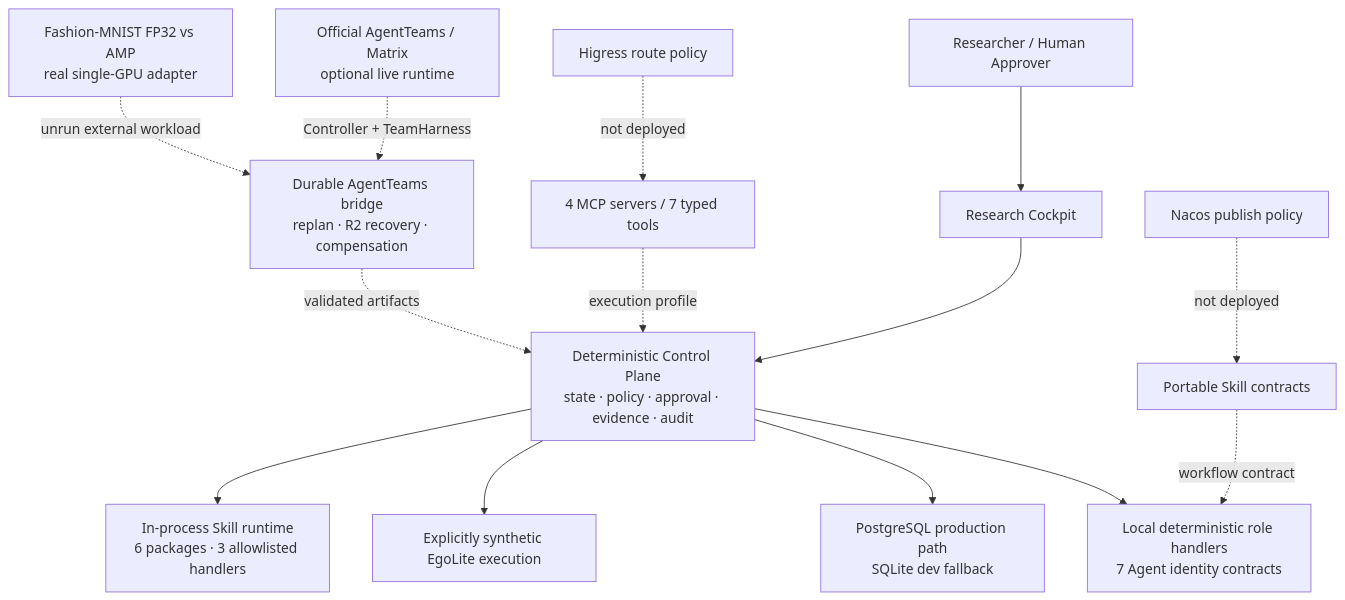
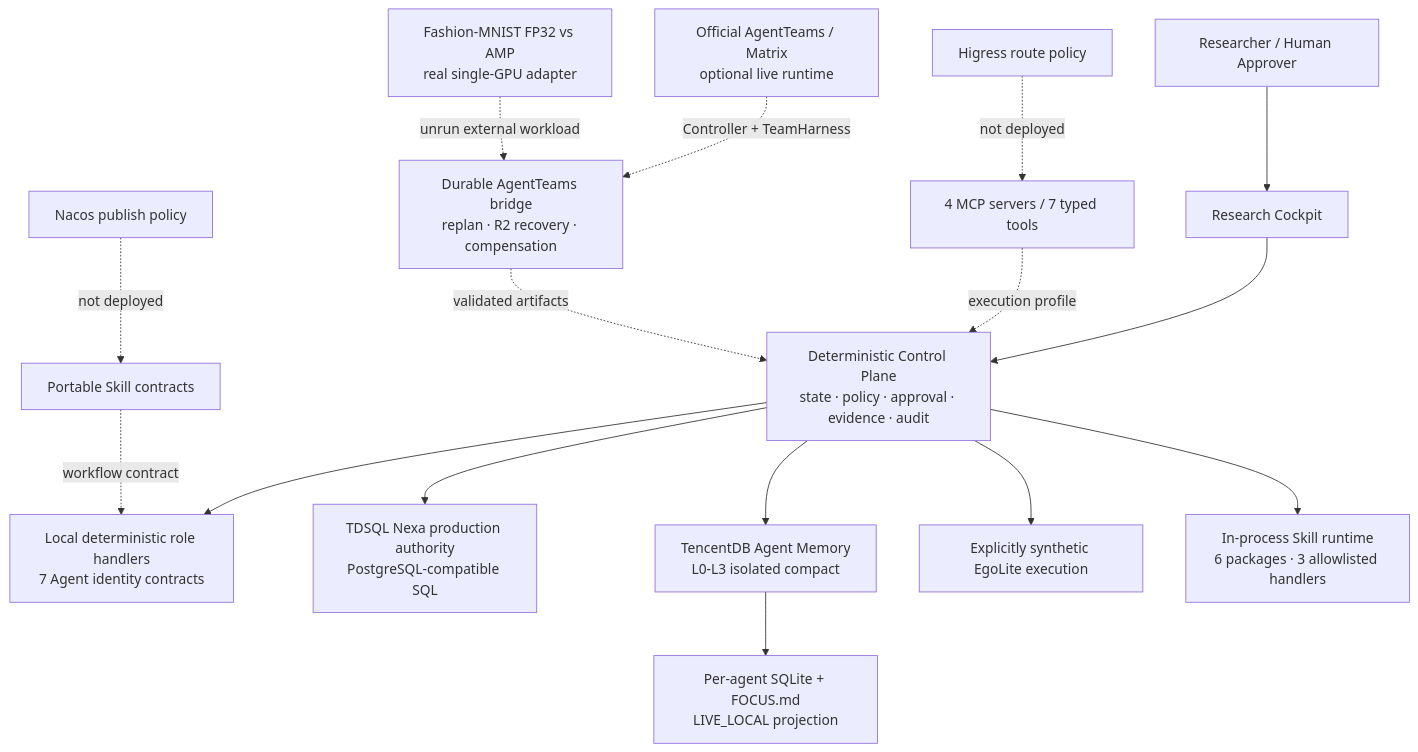
One commit to mythrise/ego_agent_infra changed the diagram in README.md. Above: the diagram before and after it, drawn with Mermaid. The commit also changed other lines of this file and 13 other files, not shown here.

````diff
--- a/README.md
+++ b/README.md
@@ -106,16 +131,18 @@
 ```mermaid
 flowchart TB
   H["Researcher / Human Approver"] --> UI["Research Cockpit"]
   UI --> CP["Deterministic Control Plane\nstate · policy · approval · evidence · audit"]
   CP --> A["Local deterministic role handlers\n7 Agent identity contracts"]
-  CP --> DB["PostgreSQL production path\nSQLite dev fallback"]
+  CP --> DB["TDSQL Nexa production authority\nPostgreSQL-compatible SQL"]
+  CP --> AM["TencentDB Agent Memory\nL0-L3 isolated compact"]
+  AM --> FM["Per-agent SQLite + FOCUS.md\nLIVE_LOCAL projection"]
   CP --> X["Explicitly synthetic EgoLite execution"]
   CP --> SR["In-process Skill runtime\n6 packages · 3 allowlisted handlers"]
   S["Portable Skill contracts"] -. workflow contract .-> A
   T["4 MCP servers / 7 typed tools"] -. execution profile .-> CP
   AT["Official AgentTeams / Matrix\noptional live runtime"] -. Controller + TeamHarness .-> AB["Durable AgentTeams bridge\nreplan · R2 recovery · compensation"]
   AB -. validated artifacts .-> CP
   GPU["Fashion-MNIST FP32 vs AMP\nreal single-GPU adapter"] -. unrun external workload .-> AB
   HG["Higress route policy"] -. not deployed .-> T
   NC["Nacos publish policy"] -. not deployed .-> S
 ```
````
